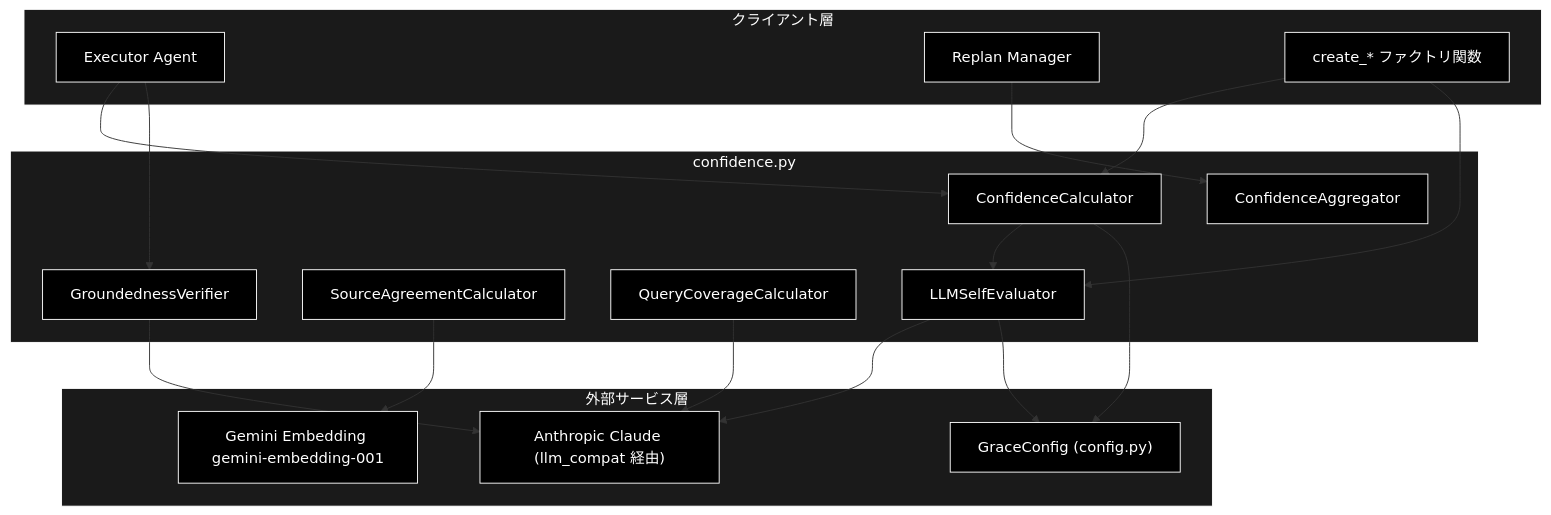
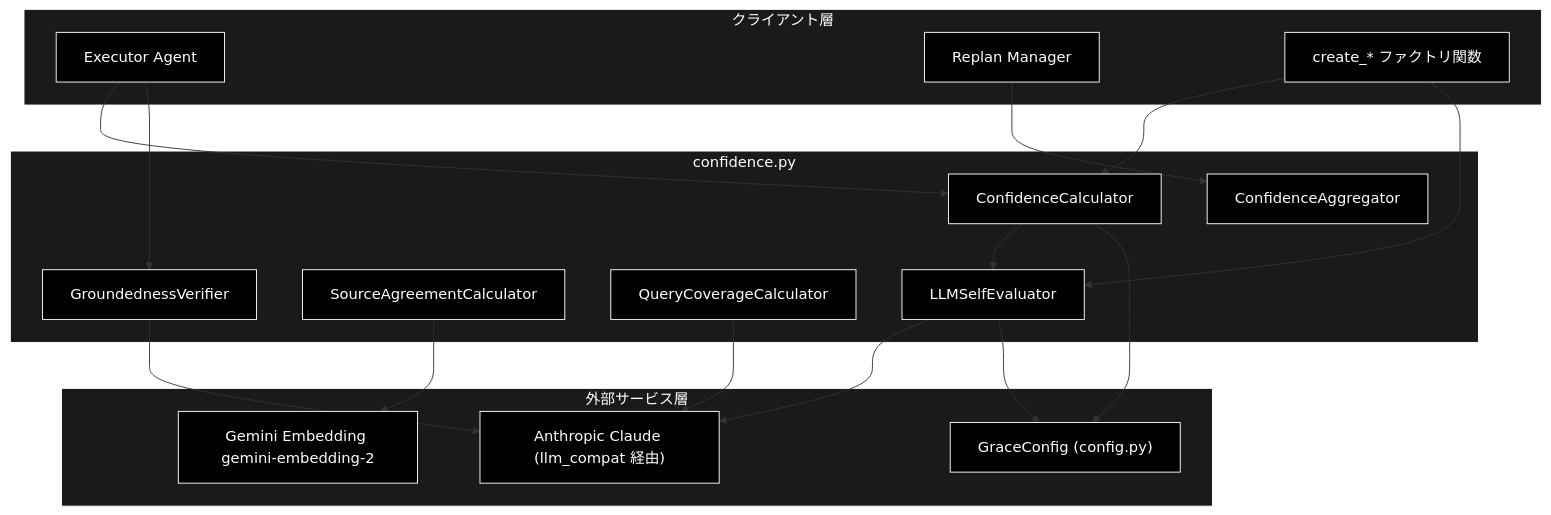
One commit to nakashima2toshio/grace_v2 changed the first of 3 diagrams in grace/docs/confidence.md. Above: the diagram before and after it, drawn with Mermaid. The commit also changed other lines of this file and 41 other files, not shown here.

First line of the commit message:
feat: Embedding を gemini-embedding-2 へ変更し、モデル名を config.py の 1 箇所へ集約

````diff
--- a/grace/docs/confidence.md
+++ b/grace/docs/confidence.md
@@ -86,42 +86,42 @@
 ```mermaid
 flowchart TB
     subgraph CLIENT["クライアント層"]
         EXECUTOR["Executor Agent"]
         REPLAN["Replan Manager"]
         FACTORY["create_* ファクトリ関数"]
     end
 
     subgraph MODULE["confidence.py"]
         CALC["ConfidenceCalculator"]
         EVAL["LLMSelfEvaluator"]
         SRC["SourceAgreementCalculator"]
         COV["QueryCoverageCalculator"]
         GND["GroundednessVerifier"]
         AGG["ConfidenceAggregator"]
     end
 
     subgraph EXTERNAL["外部サービス層"]
         LLM["Anthropic Claude (llm_compat 経由)"]
-        EMB["Gemini Embedding gemini-embedding-001"]
+        EMB["Gemini Embedding gemini-embedding-2"]
         CONFIG["GraceConfig (config.py)"]
     end
 
     EXECUTOR --> CALC
     EXECUTOR --> GND
     REPLAN --> AGG
     FACTORY --> CALC
     FACTORY --> EVAL
     CALC --> EVAL
     EVAL --> LLM
     COV --> LLM
     GND --> LLM
     SRC --> EMB
     CALC --> CONFIG
     EVAL --> CONFIG
 classDef default fill:#000,stroke:#fff,color:#fff
 classDef subgraphStyle fill:#1a1a1a,stroke:#fff,color:#fff
 class EXECUTOR,REPLAN,FACTORY,CALC,EVAL,SRC,COV,GND,AGG,LLM,EMB,CONFIG default
 style CLIENT fill:#1a1a1a,stroke:#fff,color:#fff
 style MODULE fill:#1a1a1a,stroke:#fff,color:#fff
 style EXTERNAL fill:#1a1a1a,stroke:#fff,color:#fff
 ```
````
